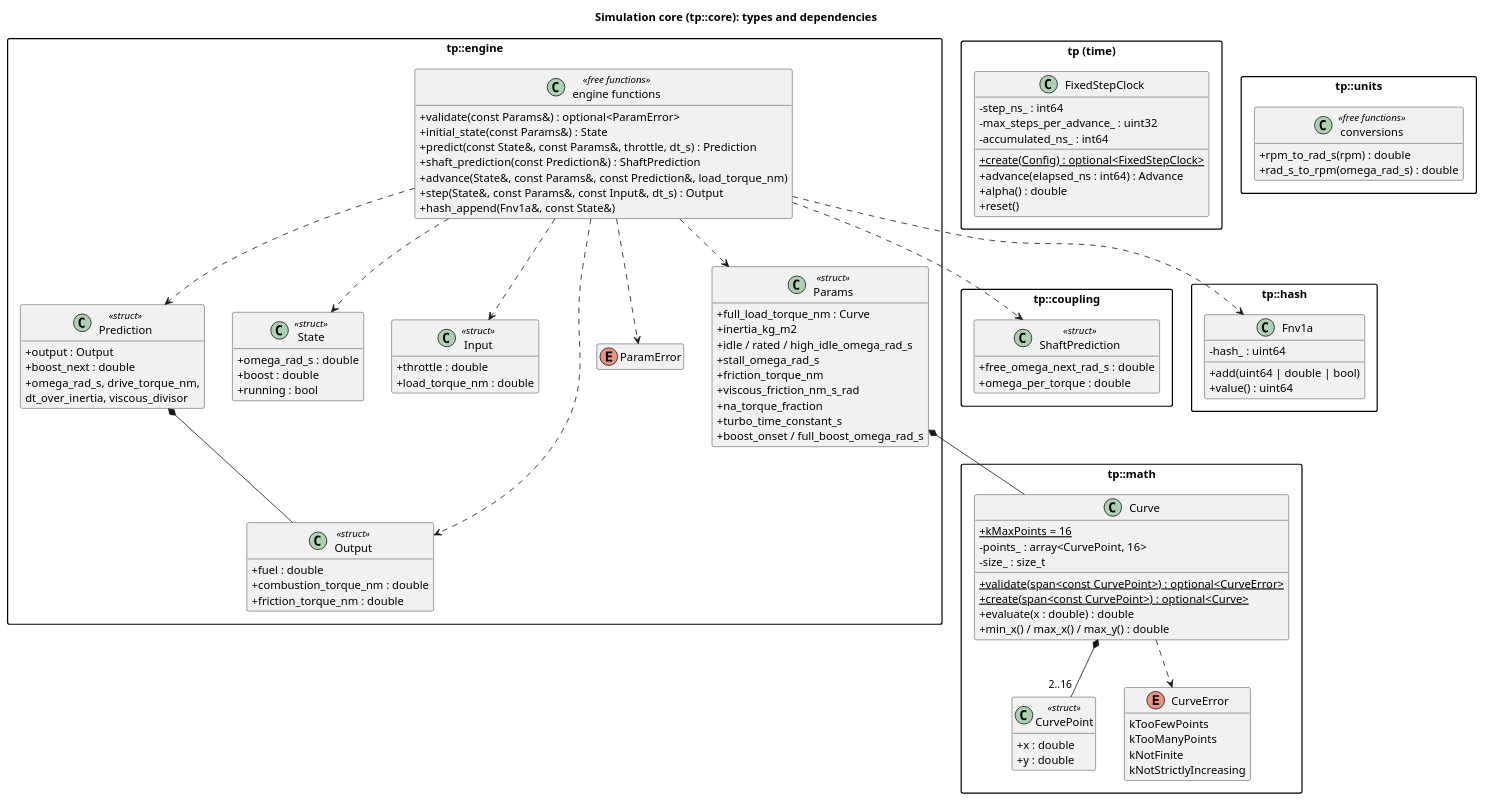
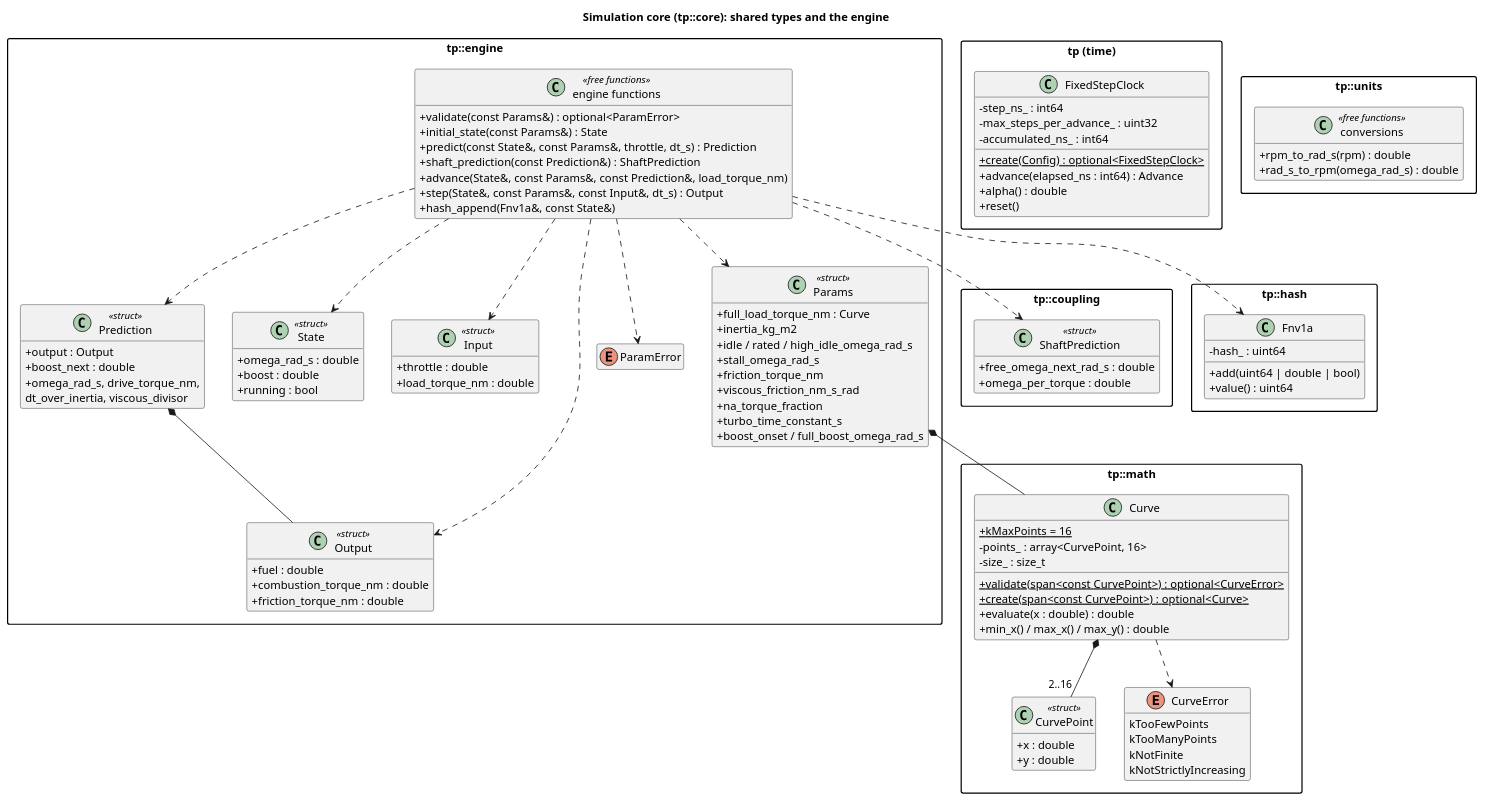
Before and after one commit to wversteeg/TractorPulling: the diagram in docs/diagrams/core_classes.puml, drawn with PlantUML. The commit also changed 15 other files, not shown here.

```diff
--- a/docs/diagrams/core_classes.puml
+++ b/docs/diagrams/core_classes.puml
@@ -1,119 +1,121 @@
 @startuml core_classes
-title Simulation core (tp::core): types and dependencies
+title Simulation core (tp::core): shared types and the engine
 hide empty members
 skinparam packageStyle rectangle
 skinparam classAttributeIconSize 0
+
+  package "tp::coupling" {
+    class ShaftPrediction <<struct>> {
+      +free_omega_next_rad_s : double
+      +omega_per_torque : double
+    }
+  }
 
   package "tp::math" {
     class CurvePoint <<struct>> {
       +x : double
       +y : double
     }
     enum CurveError {
       kTooFewPoints
       kTooManyPoints
       kNotFinite
       kNotStrictlyIncreasing
     }
     class Curve {
       +{static} kMaxPoints = 16
       -points_ : array<CurvePoint, 16>
       -size_ : size_t
       +{static} validate(span<const CurvePoint>) : optional<CurveError>
       +{static} create(span<const CurvePoint>) : optional<Curve>
       +evaluate(x : double) : double
       +min_x() / max_x() / max_y() : double
     }
     Curve *-- "2..16" CurvePoint
     Curve ..> CurveError
   }
 
   package "tp::engine" {
     class Params <<struct>> {
       +full_load_torque_nm : Curve
       +inertia_kg_m2
       +idle / rated / high_idle_omega_rad_s
       +stall_omega_rad_s
       +friction_torque_nm
       +viscous_friction_nm_s_rad
       +na_torque_fraction
       +turbo_time_constant_s
       +boost_onset / full_boost_omega_rad_s
     }
     class State <<struct>> {
       +omega_rad_s : double
       +boost : double
       +running : bool
     }
     class Input <<struct>> {
       +throttle : double
       +load_torque_nm : double
     }
     class Output <<struct>> {
       +fuel : double
       +combustion_torque_nm : double
       +friction_torque_nm : double
     }
     enum ParamError
     class Prediction <<struct>> {
       +output : Output
       +boost_next : double
       +omega_rad_s, drive_torque_nm,
        dt_over_inertia, viscous_divisor
     }
     class "engine functions" as EngineFns <<free functions>> {
       +validate(const Params&) : optional<ParamError>
       +initial_state(const Params&) : State
       +predict(const State&, const Params&, throttle, dt_s) : Prediction
       +shaft_prediction(const Prediction&) : ShaftPrediction
       +advance(State&, const Params&, const Prediction&, load_torque_nm)
       +step(State&, const Params&, const Input&, dt_s) : Output
       +hash_append(Fnv1a&, const State&)
     }
     Prediction *-- Output
     EngineFns ..> Prediction
     Params *-- Curve
     EngineFns ..> Params
     EngineFns ..> State
     EngineFns ..> Input
     EngineFns ..> Output
     EngineFns ..> ParamError
   }
 
-  package "tp::coupling" {
-    class ShaftPrediction <<struct>> {
-      +free_omega_next_rad_s : double
-      +omega_per_torque : double
-    }
-  }
+
   EngineFns ..> ShaftPrediction
 
   package "tp::hash" {
     class Fnv1a {
       -hash_ : uint64
       +add(uint64 | double | bool)
       +value() : uint64
     }
   }
   EngineFns ..> Fnv1a
 
   package "tp (time)" {
     class FixedStepClock {
       -step_ns_ : int64
       -max_steps_per_advance_ : uint32
       -accumulated_ns_ : int64
       +{static} create(Config) : optional<FixedStepClock>
       +advance(elapsed_ns : int64) : Advance
       +alpha() : double
       +reset()
     }
   }
 
   package "tp::units" {
     class "conversions" as Units <<free functions>> {
       +rpm_to_rad_s(rpm) : double
       +rad_s_to_rpm(omega_rad_s) : double
     }
   }
 
 @enduml
```
